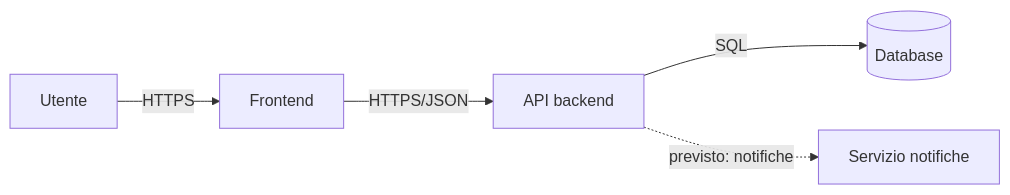
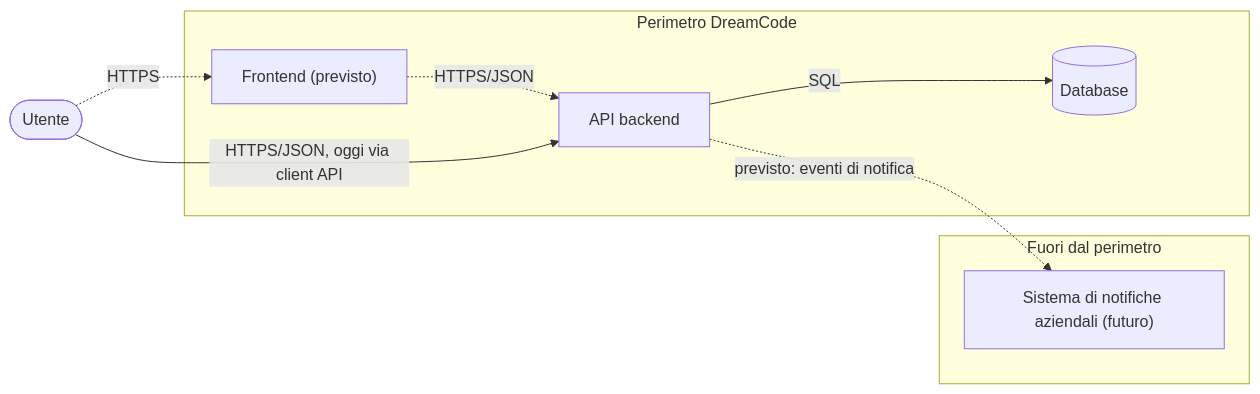
One commit to simorighi/Gestione_interventi changed the diagram in docs/architecture-v1.md. Above: the diagram before and after it, drawn with Mermaid. The commit also changed other lines of this file, not shown here.

Commit message:
Revise architecture documentation and add flowchart
Updated architecture documentation to clarify component responsibilities and dependencies, including detailed descriptions for API backend, Database, and Frontend. Added a flowchart to visualize component interactions and dependencies.

````diff
--- a/docs/architecture-v1.md
+++ b/docs/architecture-v1.md
@@ -37,7 +36,20 @@
 ```mermaid
 flowchart LR
-  Utente -->|HTTPS| Frontend
-  Frontend -->|HTTPS/JSON| API[API backend]
-  API -->|SQL| DB[(Database)]
-  API -.->|previsto: notifiche| Notifiche[Servizio notifiche]
+  Utente([Utente])
+
+  subgraph Perimetro["Perimetro DreamCode"]
+    Frontend["Frontend (previsto)"]
+    API[API backend]
+    DB[(Database)]
+  end
+
+  subgraph Fuori["Fuori dal perimetro"]
+    Notifiche["Sistema di notifiche aziendali (futuro)"]
+  end
+
+  Utente -.->|HTTPS| Frontend
+  Frontend -.->|HTTPS/JSON| API
+  Utente -->|HTTPS/JSON, oggi via client API| API
+  API -->|SQL| DB
+  API -.->|previsto: eventi di notifica| Notifiche
 ```
````
